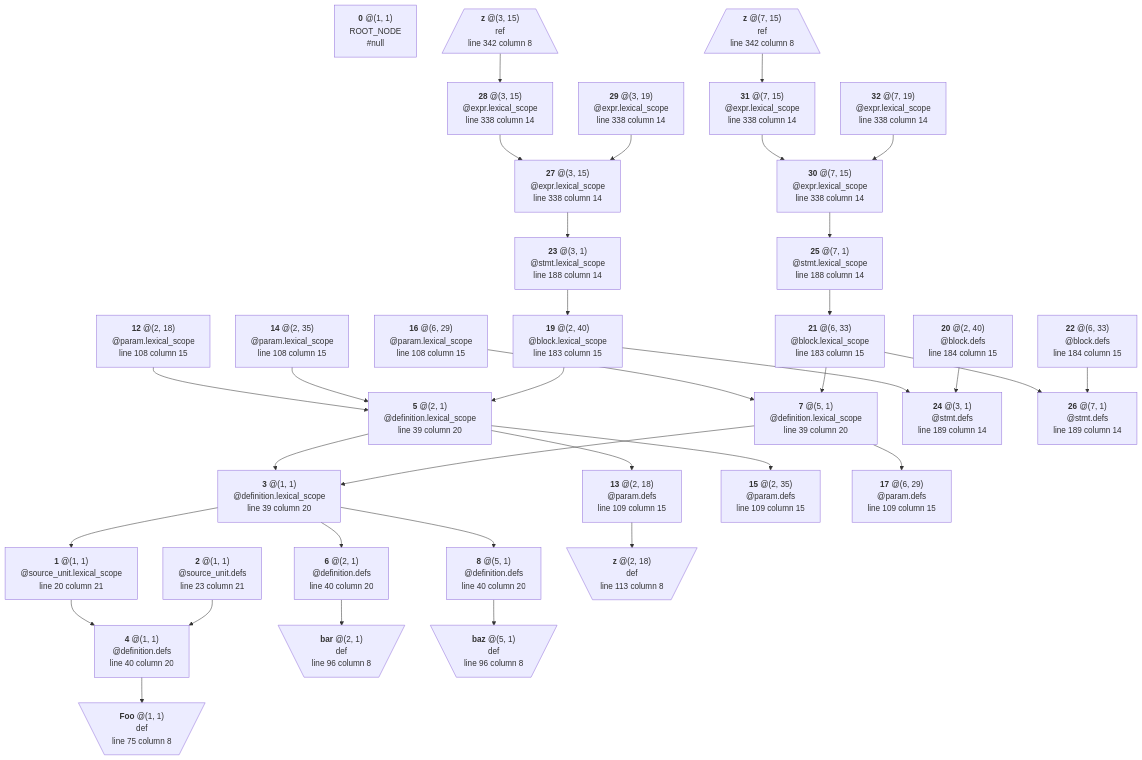
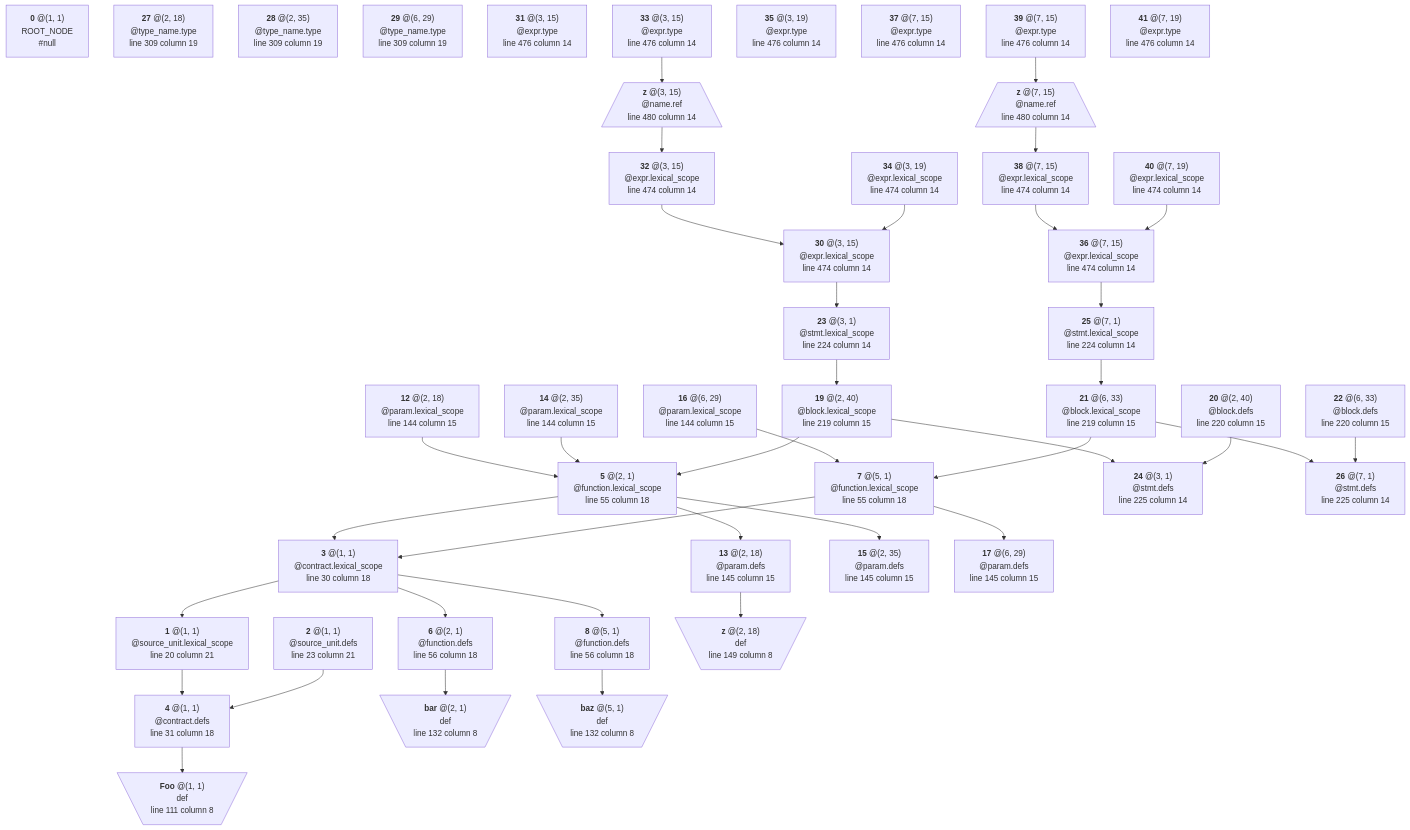
One commit to manastech/slang changed the diagram in crates/solidity/testing/snapshots/bindings_output/lexical/generated/params.sol-0.4.11.mmd. Above: the diagram before and after it, drawn with Mermaid. The commit also changed 21 other files, not shown here.

```diff
--- a/crates/solidity/testing/snapshots/bindings_output/lexical/generated/params.sol-0.4.11.mmd
+++ b/crates/solidity/testing/snapshots/bindings_output/lexical/generated/params.sol-0.4.11.mmd
@@ -1,139 +1,168 @@
 graph TD
 	N0["`**0** @(1, 1)
 ROOT_NODE
 #null`"]
 	N1["`**1** @(1, 1)
 @source_unit.lexical_scope
 line 20 column 21`"]
 	N1 --> N4
 	N2["`**2** @(1, 1)
 @source_unit.defs
 line 23 column 21`"]
 	N2 --> N4
 	N3["`**3** @(1, 1)
-@definition.lexical_scope
-line 39 column 20`"]
+@contract.lexical_scope
+line 30 column 18`"]
 	N3 --> N1
 	N3 --> N6
 	N3 --> N8
 	N4["`**4** @(1, 1)
-@definition.defs
-line 40 column 20`"]
+@contract.defs
+line 31 column 18`"]
 	N4 --> N9
 	N5["`**5** @(2, 1)
-@definition.lexical_scope
-line 39 column 20`"]
+@function.lexical_scope
+line 55 column 18`"]
 	N5 --> N3
 	N5 --> N13
 	N5 --> N15
 	N6["`**6** @(2, 1)
-@definition.defs
-line 40 column 20`"]
+@function.defs
+line 56 column 18`"]
 	N6 --> N10
 	N7["`**7** @(5, 1)
-@definition.lexical_scope
-line 39 column 20`"]
+@function.lexical_scope
+line 55 column 18`"]
 	N7 --> N3
 	N7 --> N17
 	N8["`**8** @(5, 1)
-@definition.defs
-line 40 column 20`"]
+@function.defs
+line 56 column 18`"]
 	N8 --> N11
 	N9[\"`**Foo** @(1, 1)
 def
-line 75 column 8`"/]
+line 111 column 8`"/]
 	N10[\"`**bar** @(2, 1)
 def
-line 96 column 8`"/]
+line 132 column 8`"/]
 	N11[\"`**baz** @(5, 1)
 def
-line 96 column 8`"/]
+line 132 column 8`"/]
 	N12["`**12** @(2, 18)
 @param.lexical_scope
-line 108 column 15`"]
+line 144 column 15`"]
 	N12 --> N5
 	N13["`**13** @(2, 18)
 @param.defs
-line 109 column 15`"]
+line 145 column 15`"]
 	N13 --> N18
 	N14["`**14** @(2, 35)
 @param.lexical_scope
-line 108 column 15`"]
+line 144 column 15`"]
 	N14 --> N5
 	N15["`**15** @(2, 35)
 @param.defs
-line 109 column 15`"]
+line 145 column 15`"]
 	N16["`**16** @(6, 29)
 @param.lexical_scope
-line 108 column 15`"]
+line 144 column 15`"]
 	N16 --> N7
 	N17["`**17** @(6, 29)
 @param.defs
-line 109 column 15`"]
+line 145 column 15`"]
 	N18[\"`**z** @(2, 18)
 def
-line 113 column 8`"/]
+line 149 column 8`"/]
 	N19["`**19** @(2, 40)
 @block.lexical_scope
-line 183 column 15`"]
+line 219 column 15`"]
 	N19 --> N5
 	N19 --> N24
 	N20["`**20** @(2, 40)
 @block.defs
-line 184 column 15`"]
+line 220 column 15`"]
 	N20 --> N24
 	N21["`**21** @(6, 33)
 @block.lexical_scope
-line 183 column 15`"]
+line 219 column 15`"]
 	N21 --> N7
 	N21 --> N26
 	N22["`**22** @(6, 33)
 @block.defs
-line 184 column 15`"]
+line 220 column 15`"]
 	N22 --> N26
 	N23["`**23** @(3, 1)
 @stmt.lexical_scope
-line 188 column 14`"]
+line 224 column 14`"]
 	N23 --> N19
 	N24["`**24** @(3, 1)
 @stmt.defs
-line 189 column 14`"]
+line 225 column 14`"]
 	N25["`**25** @(7, 1)
 @stmt.lexical_scope
-line 188 column 14`"]
+line 224 column 14`"]
 	N25 --> N21
 	N26["`**26** @(7, 1)
 @stmt.defs
-line 189 column 14`"]
-	N27["`**27** @(3, 15)
+line 225 column 14`"]
+	N27["`**27** @(2, 18)
+@type_name.type
+line 309 column 19`"]
+	N28["`**28** @(2, 35)
+@type_name.type
+line 309 column 19`"]
+	N29["`**29** @(6, 29)
+@type_name.type
+line 309 column 19`"]
+	N30["`**30** @(3, 15)
 @expr.lexical_scope
-line 338 column 14`"]
-	N27 --> N23
-	N28["`**28** @(3, 15)
+line 474 column 14`"]
+	N30 --> N23
+	N31["`**31** @(3, 15)
+@expr.type
+line 476 column 14`"]
+	N32["`**32** @(3, 15)
 @expr.lexical_scope
-line 338 column 14`"]
-	N28 --> N27
-	N29["`**29** @(3, 19)
+line 474 column 14`"]
+	N32 --> N30
+	N33["`**33** @(3, 15)
+@expr.type
+line 476 column 14`"]
+	N33 --> N42
+	N34["`**34** @(3, 19)
 @expr.lexical_scope
-line 338 column 14`"]
-	N29 --> N27
-	N30["`**30** @(7, 15)
+line 474 column 14`"]
+	N34 --> N30
+	N35["`**35** @(3, 19)
+@expr.type
+line 476 column 14`"]
+	N36["`**36** @(7, 15)
 @expr.lexical_scope
-line 338 column 14`"]
-	N30 --> N25
-	N31["`**31** @(7, 15)
+line 474 column 14`"]
+	N36 --> N25
+	N37["`**37** @(7, 15)
+@expr.type
+line 476 column 14`"]
+	N38["`**38** @(7, 15)
 @expr.lexical_scope
-line 338 column 14`"]
-	N31 --> N30
-	N32["`**32** @(7, 19)
+line 474 column 14`"]
+	N38 --> N36
+	N39["`**39** @(7, 15)
+@expr.type
+line 476 column 14`"]
+	N39 --> N43
+	N40["`**40** @(7, 19)
 @expr.lexical_scope
-line 338 column 14`"]
-	N32 --> N30
-	N33[/"`**z** @(3, 15)
-ref
-line 342 column 8`"\]
-	N33 --> N28
-	N34[/"`**z** @(7, 15)
-ref
-line 342 column 8`"\]
-	N34 --> N31
+line 474 column 14`"]
+	N40 --> N36
+	N41["`**41** @(7, 19)
+@expr.type
+line 476 column 14`"]
+	N42[/"`**z** @(3, 15)
+@name.ref
+line 480 column 14`"\]
+	N42 --> N32
+	N43[/"`**z** @(7, 15)
+@name.ref
+line 480 column 14`"\]
+	N43 --> N38
```
